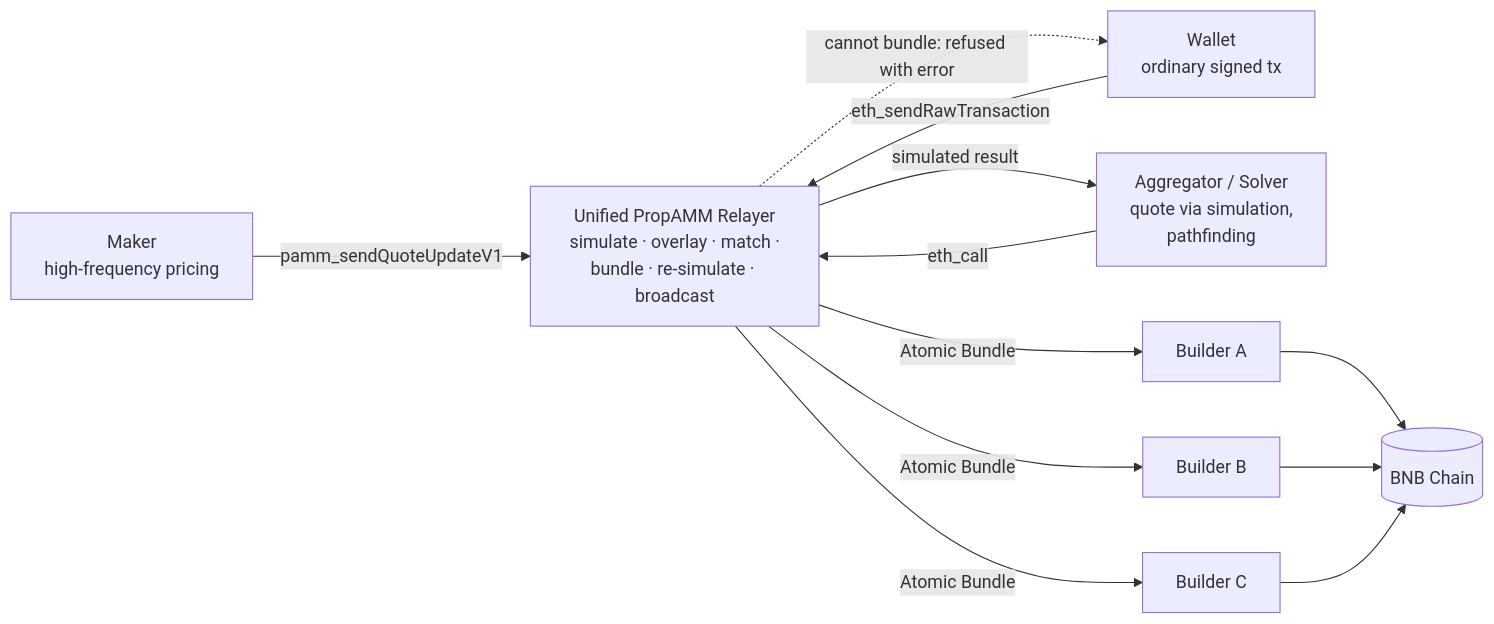
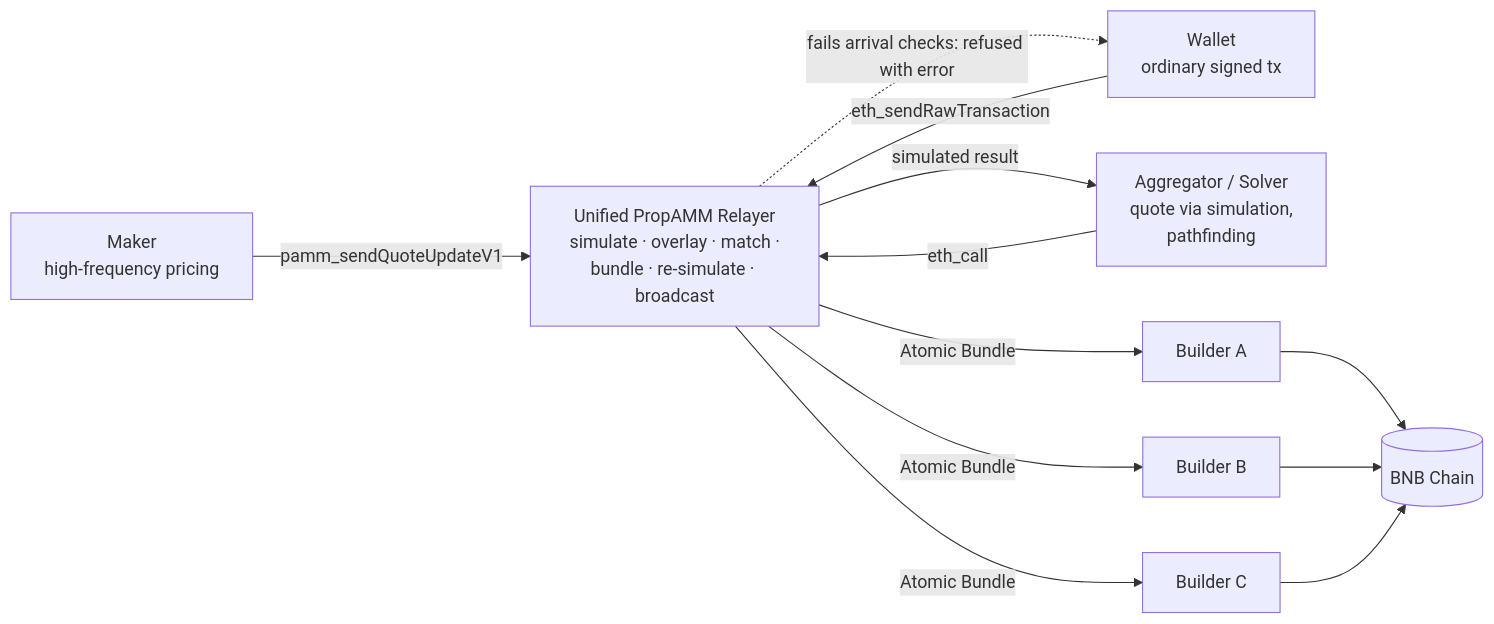
One commit to bnb-chain/BEPs changed the first of 2 diagrams in BAPs/BAP-710.md. Above: the diagram before and after it, drawn with Mermaid. The commit also changed other lines of this file, not shown here.

````diff
--- a/BAPs/BAP-710.md
+++ b/BAPs/BAP-710.md
@@ -105,23 +105,23 @@
 ```mermaid
 flowchart LR
     M[Maker<br/>high-frequency pricing]
     W[Wallet<br/>ordinary signed tx]
     S[Aggregator / Solver<br/>quote via simulation,<br/>pathfinding]
     R[Unified PropAMM Relayer<br/>simulate · overlay · match ·<br/>bundle · re-simulate · broadcast]
     BA[Builder A]
     BB[Builder B]
     BC[Builder C]
     C[(BNB Chain)]
 
     M -->|pamm_sendQuoteUpdateV1| R
     S -->|eth_call| R
     R -->|simulated result| S
     W -->|eth_sendRawTransaction| R
     R -->|Atomic Bundle| BA
     R -->|Atomic Bundle| BB
     R -->|Atomic Bundle| BC
-    R -.->|cannot bundle: refused with error| W
+    R -.->|fails arrival checks: refused with error| W
     BA --> C
     BB --> C
     BC --> C
 ```
````
